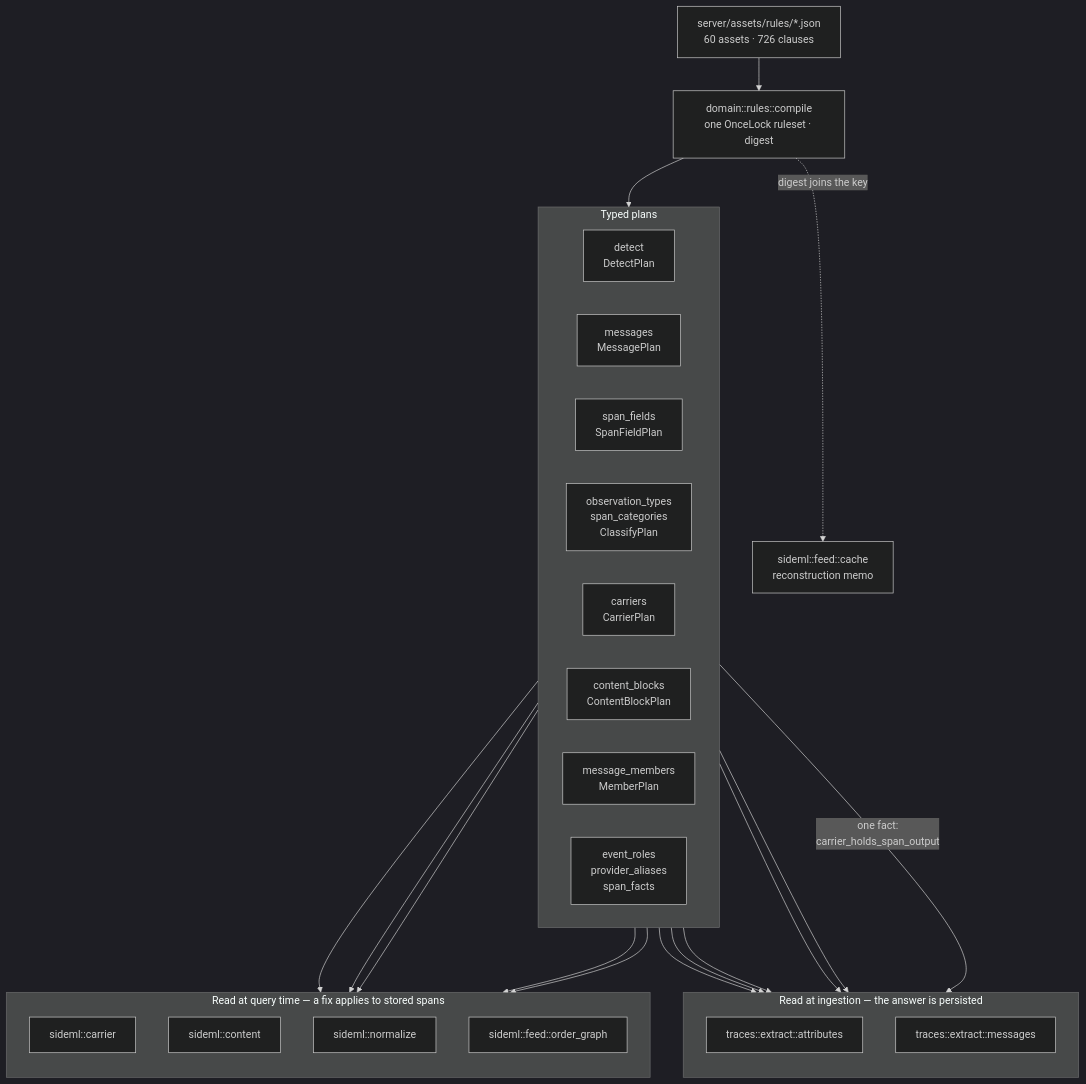
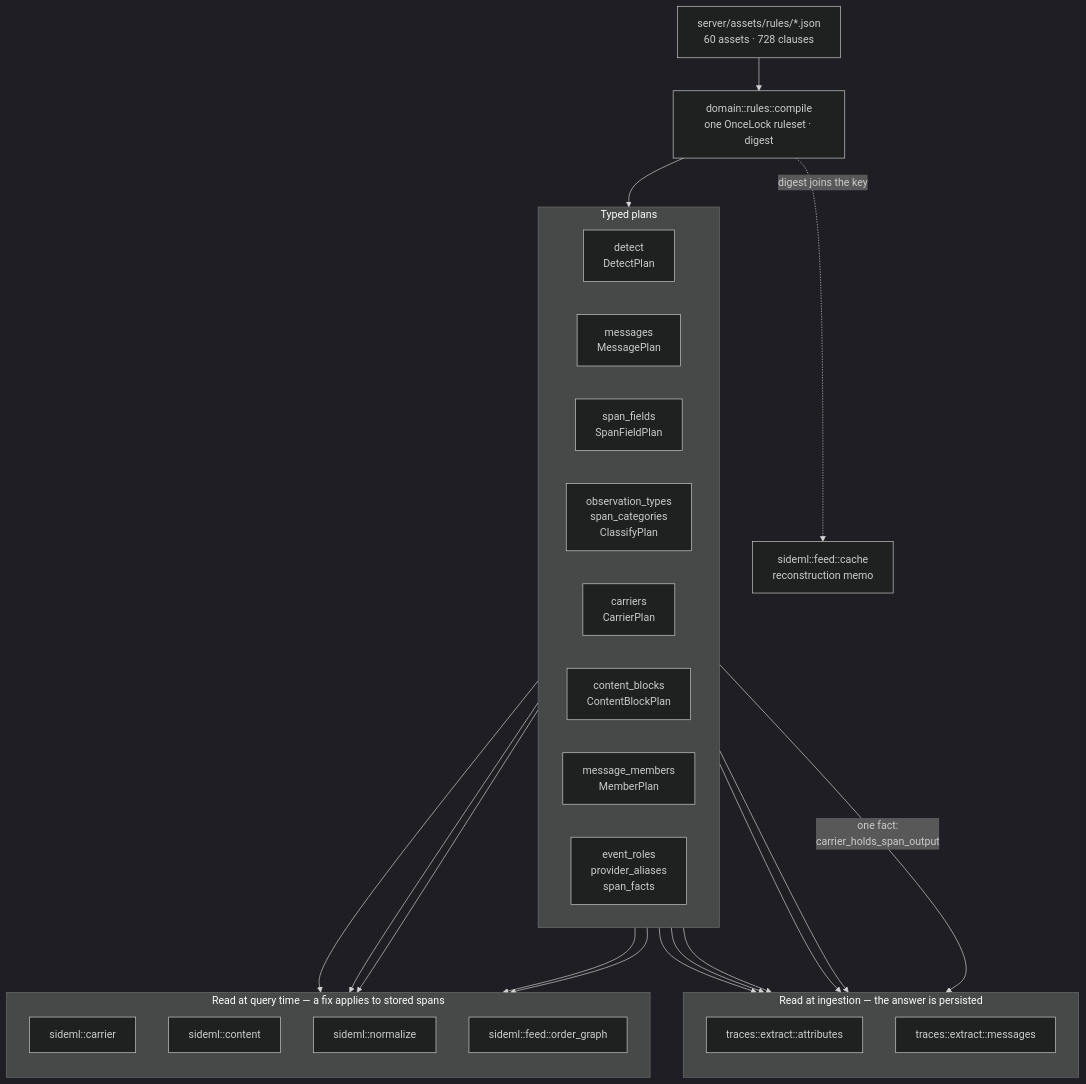
The first of 7 diagrams in docs/engineering/architecture-diagrams.md (sideseat/sideseat), drawn with Mermaid (dark theme) before and after one commit. The commit also changed 32 other files, not shown here.

````diff
--- a/docs/engineering/architecture-diagrams.md
+++ b/docs/engineering/architecture-diagrams.md
@@ -18,47 +18,47 @@
 ```mermaid
 flowchart TB
-    assets["server/assets/rules/*.json<br/>60 assets · 726 clauses"]
+    assets["server/assets/rules/*.json<br/>60 assets · 728 clauses"]
     compile["domain::rules::compile<br/>one OnceLock ruleset · digest"]
     assets --> compile
 
     subgraph plans["Typed plans"]
         direction LR
         detect["detect<br/>DetectPlan"]
         messages["messages<br/>MessagePlan"]
         fields["span_fields<br/>SpanFieldPlan"]
         classify["observation_types<br/>span_categories<br/>ClassifyPlan"]
         carriers["carriers<br/>CarrierPlan"]
         blocks["content_blocks<br/>ContentBlockPlan"]
         members["message_members<br/>MemberPlan"]
         roles["event_roles<br/>provider_aliases<br/>span_facts"]
     end
     compile --> plans
 
     subgraph ingest["Read at ingestion — the answer is persisted"]
         direction TB
         attrs["traces::extract::attributes"]
         msgs["traces::extract::messages"]
     end
 
     subgraph query["Read at query time — a fix applies to stored spans"]
         direction TB
         carrier["sideml::carrier"]
         content["sideml::content"]
         normalize["sideml::normalize"]
         order["sideml::feed::order_graph"]
     end
 
     detect --> attrs
     fields --> attrs
     classify --> attrs
     roles --> attrs
     messages --> msgs
     carriers -->|"one fact:<br/>carrier_holds_span_output"| msgs
     carriers --> carrier
     carriers --> order
     blocks --> content
     members --> content
     roles --> normalize
 
     compile -. "digest joins the key" .-> cache["sideml::feed::cache<br/>reconstruction memo"]
 ```
````
